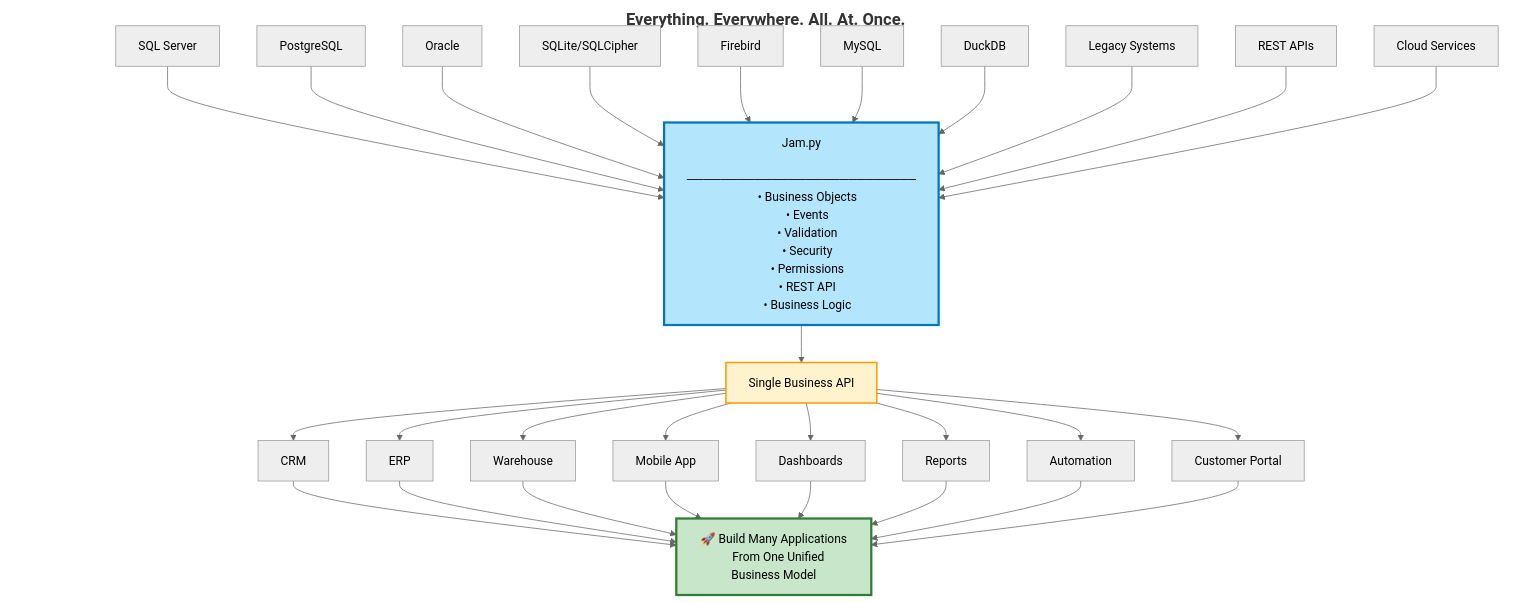
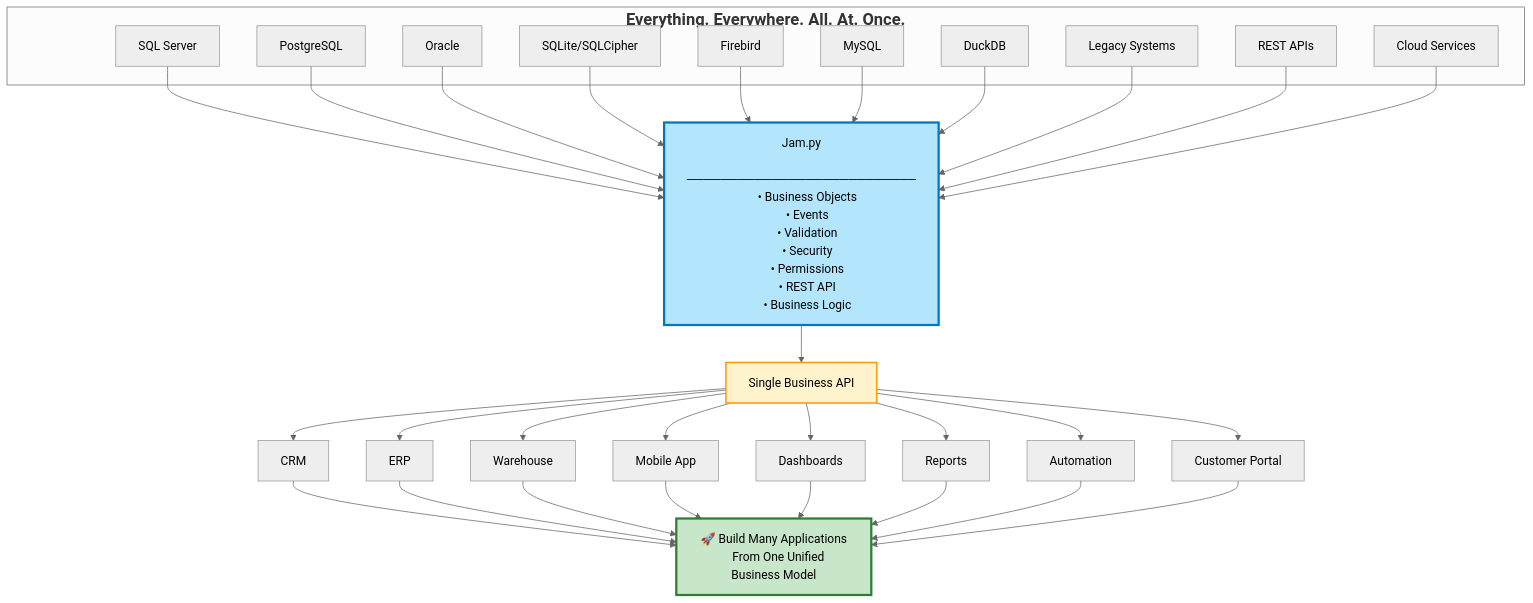
Before and after one commit to Nurb4000/jam-py-v7: the diagram in README.md, drawn with Mermaid (neutral theme).

Commit message:
Remove DATA style from README
Remove style definition for DATA in the README.

````diff
--- a/README.md
+++ b/README.md
@@ -15,68 +15,67 @@
 ```mermaid
 flowchart TD
 
     subgraph DATA["<span style='font-size:22px'><b>Everything. Everywhere. All. At. Once.</b></span>"]
     SPACE[" "]
 
         A1["SQL Server"]
         A2["PostgreSQL"]
         A3["Oracle"]
         A4["SQLite/SQLCipher"]
         A5["Firebird"]
         A6["MySQL"]
         A7["DuckDB"]
         A8["Legacy Systems"]
         A9["REST APIs"]
         A10["Cloud Services"]
     end
 
     A1 --> J
     A2 --> J
     A3 --> J
     A4 --> J
     A5 --> J
     A6 --> J
     A7 --> J
     A8 --> J
     A9 --> J
     A10 --> J
 
     J["Jam.py
     ───────────────────────────
     • Business Objects
     • Events
     • Validation
     • Security
     • Permissions
     • REST API
     • Business Logic"]
 
     J --> API["Single Business API"]
 
     API --> APP1["CRM"]
     API --> APP2["ERP"]
     API --> APP3["Warehouse"]
     API --> APP4["Mobile App"]
     API --> APP5["Dashboards"]
     API --> APP6["Reports"]
     API --> APP7["Automation"]
     API --> APP8["Customer Portal"]
 
     APP1 --> VALUE
     APP2 --> VALUE
     APP3 --> VALUE
     APP4 --> VALUE
     APP5 --> VALUE
     APP6 --> VALUE
     APP7 --> VALUE
     APP8 --> VALUE
 
     VALUE["🚀 Build Many Applications
     From One Unified Business Model"]
 
     style J fill:#b3e5fc,stroke:#0277bd,stroke-width:3px
     style API fill:#fff3cd,stroke:#ff9800,stroke-width:2px
     style VALUE fill:#c8e6c9,stroke:#2e7d32,stroke-width:3px
-    style DATA fill:none,stroke:none
     style SPACE fill:none,stroke:none
 ```
````
